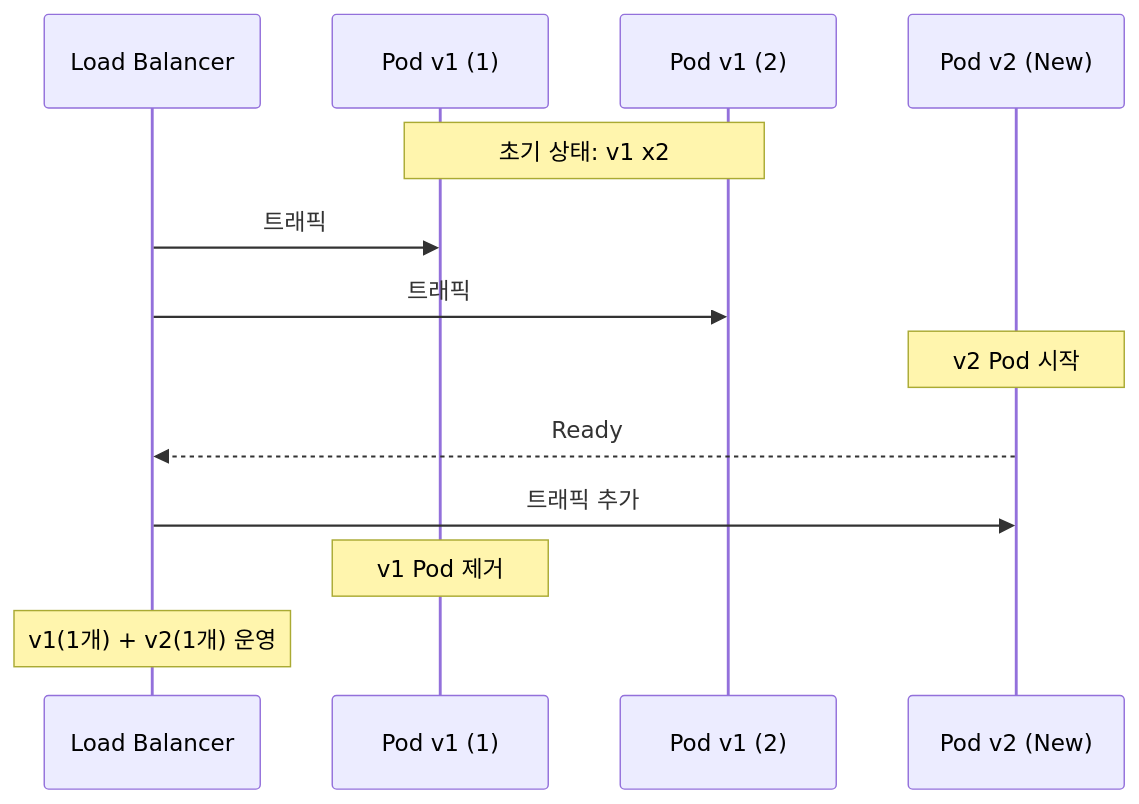
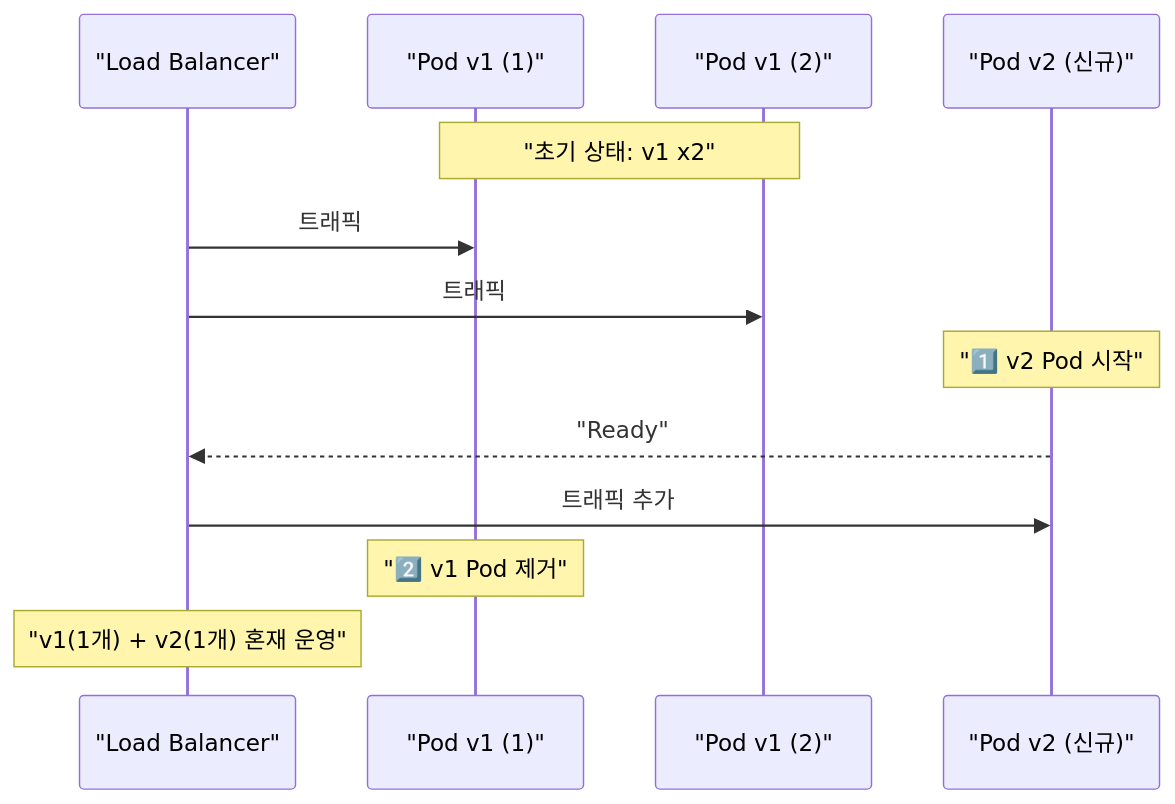
One commit to yjkim2015/yjkim2015.github.io changed the second of 4 diagrams in _posts/cicd/2026-05-01-cicd.md. Above: the diagram before and after it, drawn with Mermaid. The commit also changed other lines of this file and 34 other files, not shown here.

First line of the commit message:
Full quality pass: 41 files — ASCII removed, 동작원리 보강, diagrams

```diff
--- a/_posts/cicd/2026-05-01-cicd.md
+++ b/_posts/cicd/2026-05-01-cicd.md
@@ -386,16 +352,16 @@
 <div class="mermaid">
 sequenceDiagram
-    participant LB as Load Balancer
-    participant P1 as Pod v1 (1)
-    participant P2 as Pod v1 (2)
-    participant P3 as Pod v2 (New)
+    participant LB as "Load Balancer"
+    participant P1 as "Pod v1 (1)"
+    participant P2 as "Pod v1 (2)"
+    participant P3 as "Pod v2 (신규)"
 
-    Note over P1,P2: 초기 상태: v1 x2
+    Note over P1,P2: "초기 상태: v1 x2"
     LB->>P1: 트래픽
     LB->>P2: 트래픽
-    Note over P3: v2 Pod 시작
-    P3-->>LB: Ready
+    Note over P3: "1️⃣ v2 Pod 시작"
+    P3-->>LB: "Ready"
     LB->>P3: 트래픽 추가
-    Note over P1: v1 Pod 제거
-    Note over LB: v1(1개) + v2(1개) 운영
+    Note over P1: "2️⃣ v1 Pod 제거"
+    Note over LB: "v1(1개) + v2(1개) 혼재 운영"
 </div>
```
